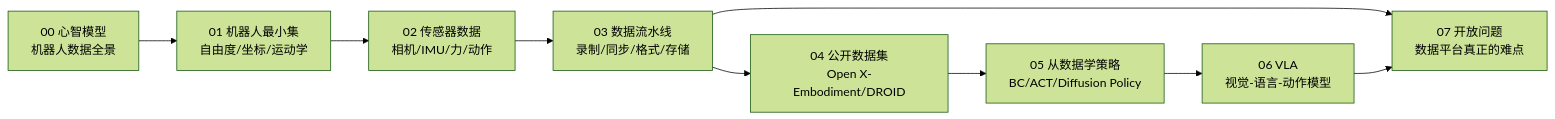
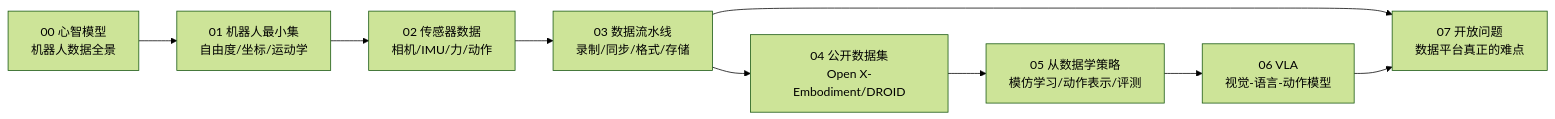
One commit to JerryNight/robot-data-handbook changed the diagram in README.md. Above: the diagram before and after it, drawn with Mermaid (forest theme). The commit also changed other lines of this file and 11 other files, not shown here.

````diff
--- a/README.md
+++ b/README.md
@@ -36,11 +36,11 @@
 ```mermaid
 graph LR
     A[00 心智模型<br/>机器人数据全景] --> B[01 机器人最小集<br/>自由度/坐标/运动学]
     B --> C[02 传感器数据<br/>相机/IMU/力/动作]
     C --> D[03 数据流水线<br/>录制/同步/格式/存储]
     D --> E[04 公开数据集<br/>Open X-Embodiment/DROID]
-    E --> F[05 从数据学策略<br/>BC/ACT/Diffusion Policy]
+    E --> F[05 从数据学策略<br/>模仿学习/动作表示/评测]
     F --> G[06 VLA<br/>视觉-语言-动作模型]
     D --> H[07 开放问题<br/>数据平台真正的难点]
     G --> H
 ```
````
